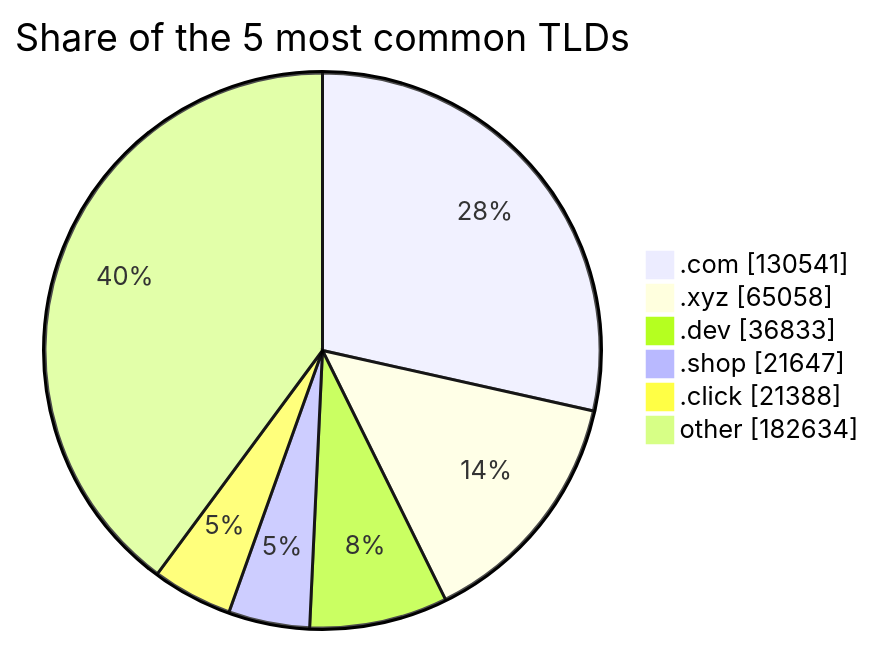
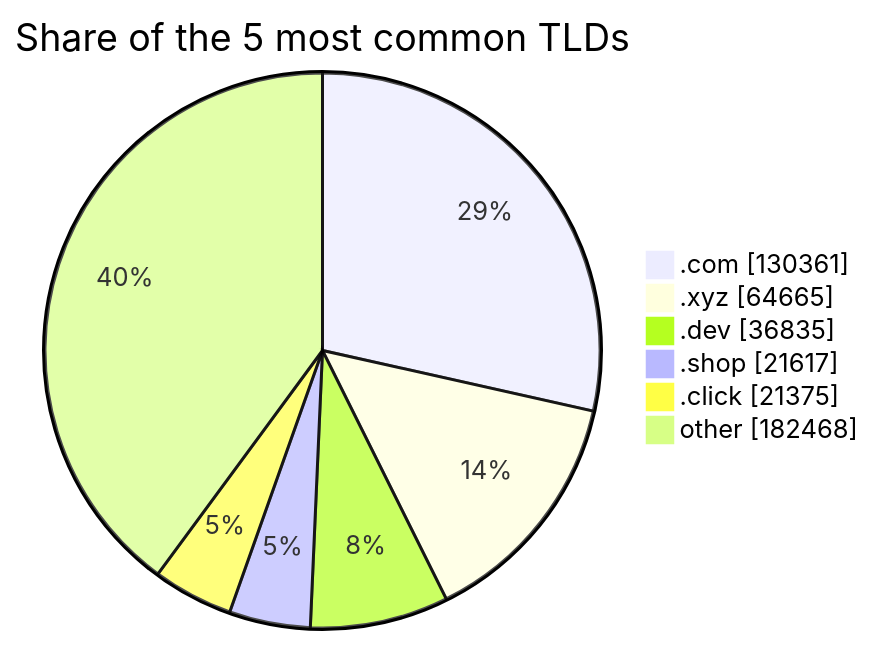
One commit to DNSBunker/CTI changed the third of 3 diagrams in README.md. Above: the diagram before and after it, drawn with Mermaid. The commit also changed other lines of this file and 3 other files, not shown here.

````diff
--- a/README.md
+++ b/README.md
@@ -81,9 +81,9 @@
 ```mermaid
 pie showData title Share of the 5 most common TLDs
-    ".com" : 130541
-    ".xyz" : 65058
-    ".dev" : 36833
-    ".shop" : 21647
-    ".click" : 21388
-    "other" : 182634
+    ".com" : 130361
+    ".xyz" : 64665
+    ".dev" : 36835
+    ".shop" : 21617
+    ".click" : 21375
+    "other" : 182468
 ```
````
